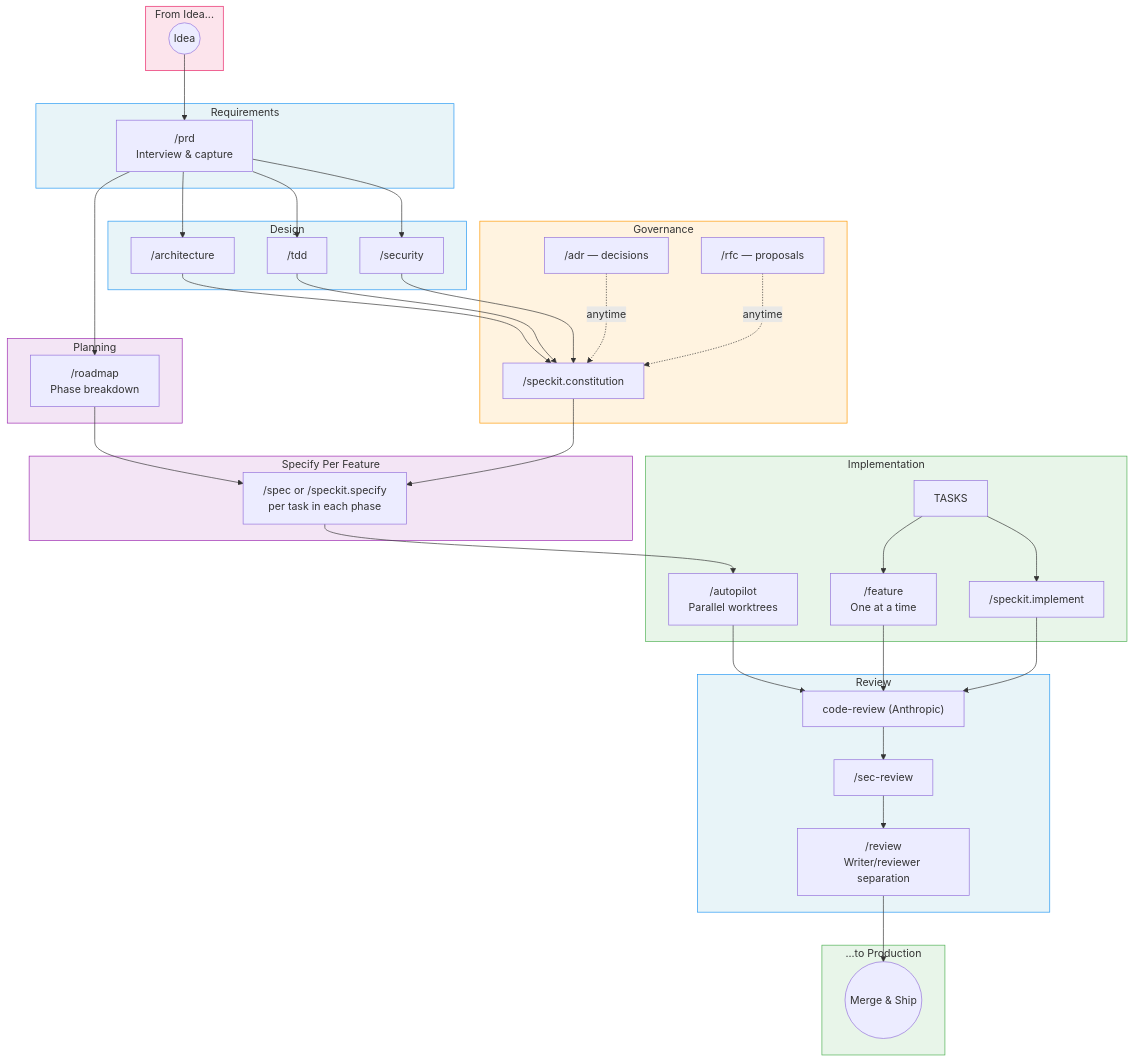
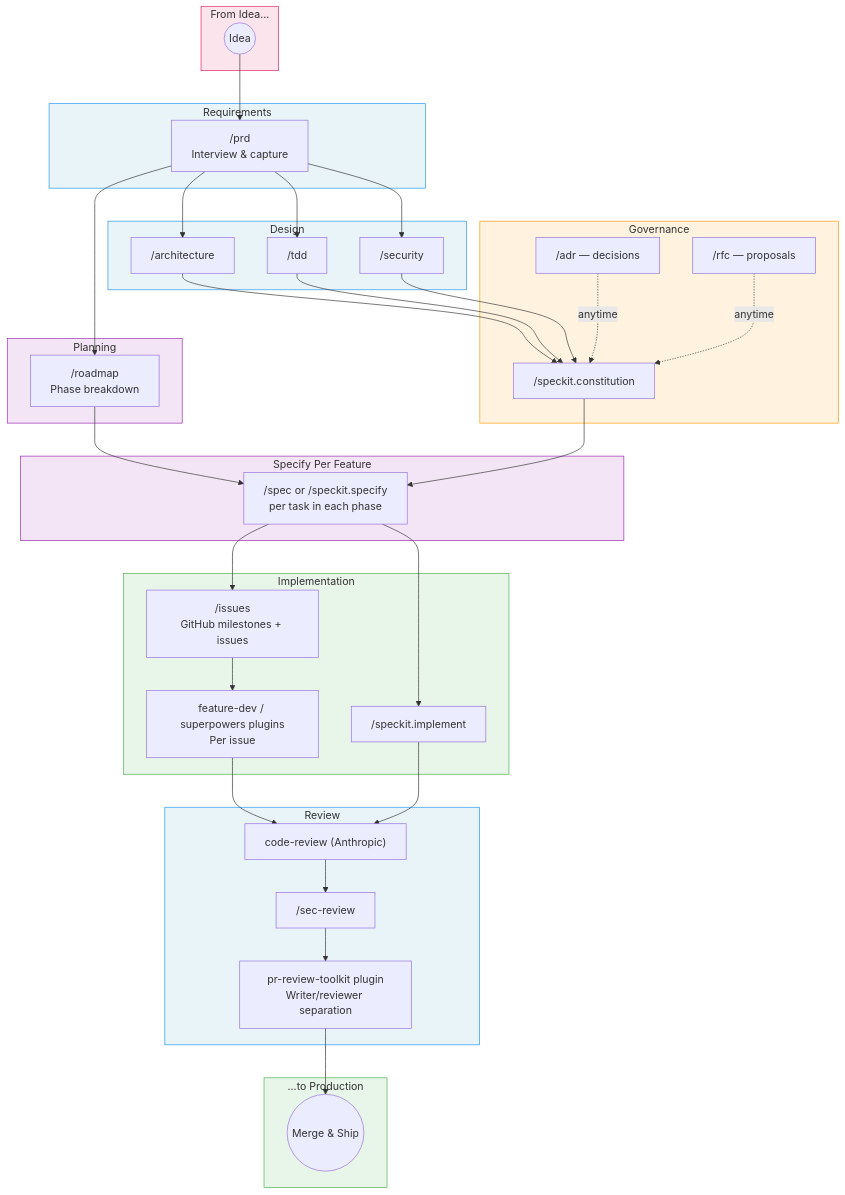
The fifth of 5 diagrams in docs/speckit-integration.md (0xrafasec/ai-workflow), drawn with Mermaid before and after one commit. The commit also changed other lines of this file and 9 other files, not shown here.

First line of the commit message:
docs: describe the toolkit as planning-only, with execution from plugins

````diff
--- a/docs/speckit-integration.md
+++ b/docs/speckit-integration.md
@@ -345,61 +347,60 @@
 ```mermaid
 graph TB
     subgraph Idea ["From Idea..."]
         I((Idea))
     end
 
     subgraph Requirements ["Requirements"]
         I --> PRD["/prd<br/>Interview & capture"]
     end
 
     subgraph Design ["Design"]
         PRD --> ARCH["/architecture"]
         PRD --> TDD["/tdd"]
         PRD --> SEC["/security"]
     end
 
     subgraph Governance ["Governance"]
         ARCH --> CONST["/speckit.constitution"]
         TDD --> CONST
         SEC --> CONST
         ADR["/adr — decisions"] -.->|"anytime"| CONST
         RFC["/rfc — proposals"] -.->|"anytime"| CONST
     end
 
     subgraph Planning ["Planning"]
         PRD --> ROAD["/roadmap<br/>Phase breakdown"]
     end
 
     subgraph Specification ["Specify Per Feature"]
         ROAD --> SPEC["/spec or /speckit.specify<br/>per task in each phase"]
         CONST --> SPEC
     end
 
     subgraph Implementation ["Implementation"]
-        SPEC --> AUTO["/autopilot<br/>Parallel worktrees"]
-        TASKS --> FEAT["/feature<br/>One at a time"]
-        TASKS --> IMPL["/speckit.implement"]
+        SPEC --> AUTO["/issues<br/>GitHub milestones + issues"]
+        AUTO --> FEAT["feature-dev / superpowers plugins<br/>Per issue"]
+        SPEC --> IMPL["/speckit.implement"]
     end
 
     subgraph Review ["Review"]
-        AUTO --> CR["code-review (Anthropic)"]
-        FEAT --> CR
+        FEAT --> CR["code-review (Anthropic)"]
         IMPL --> CR
         CR --> SR["/sec-review"]
-        SR --> REV["/review<br/>Writer/reviewer separation"]
+        SR --> REV["pr-review-toolkit plugin<br/>Writer/reviewer separation"]
     end
 
     subgraph Ship ["...to Production"]
         REV --> MERGE((Merge & Ship))
     end
 
     style Idea fill:#fce4ec,stroke:#E91E63
     style Requirements fill:#e8f4f8,stroke:#2196F3
     style Design fill:#e8f4f8,stroke:#2196F3
     style Governance fill:#fff3e0,stroke:#FF9800
     style Specification fill:#f3e5f5,stroke:#9C27B0
     style Planning fill:#f3e5f5,stroke:#9C27B0
     style Implementation fill:#e8f5e9,stroke:#4CAF50
     style Review fill:#e8f4f8,stroke:#2196F3
     style Ship fill:#e8f5e9,stroke:#4CAF50
 ```
````
